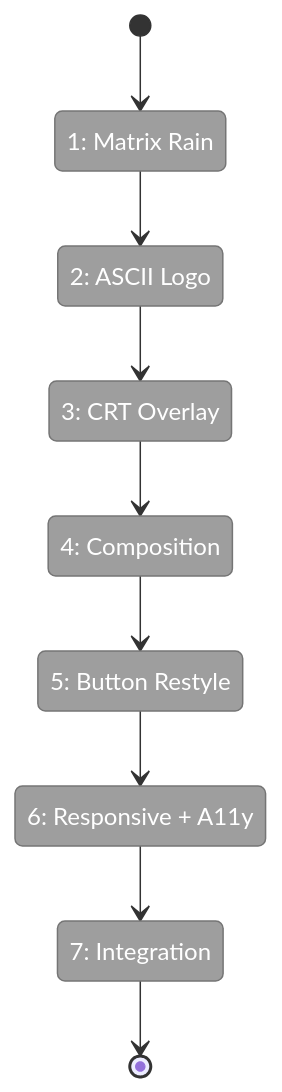
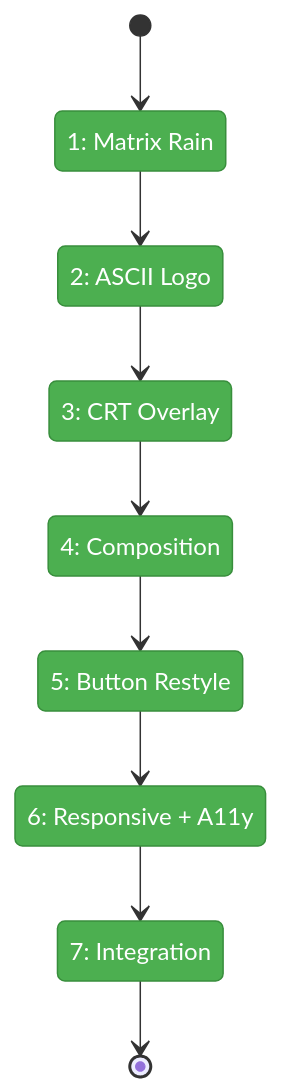
Before and after one commit to AI-Substrate/chainglass: the first of 2 diagrams in docs/plans/063-login/tasks/phase-2-ascii-art-animated-login-screen/tasks.fltplan.md, drawn with Mermaid. The commit also changed other lines of this file and 16 other files, not shown here.

````diff
--- a/docs/plans/063-login/tasks/phase-2-ascii-art-animated-login-screen/tasks.fltplan.md
+++ b/docs/plans/063-login/tasks/phase-2-ascii-art-animated-login-screen/tasks.fltplan.md
@@ -38,26 +38,31 @@
 ```mermaid
 stateDiagram-v2
     classDef pending fill:#9E9E9E,stroke:#757575,color:#fff
     classDef active fill:#FFC107,stroke:#FFA000,color:#000
     classDef done fill:#4CAF50,stroke:#388E3C,color:#fff
     classDef blocked fill:#F44336,stroke:#D32F2F,color:#fff
 
     state "1: Matrix Rain" as S1
     state "2: ASCII Logo" as S2
     state "3: CRT Overlay" as S3
     state "4: Composition" as S4
     state "5: Button Restyle" as S5
     state "6: Responsive + A11y" as S6
     state "7: Integration" as S7
 
     [*] --> S1
     S1 --> S2
     S2 --> S3
     S3 --> S4
     S4 --> S5
     S5 --> S6
     S6 --> S7
     S7 --> [*]
 
-    class S1,S2,S3,S4,S5,S6,S7 pending
+    class S1 done
+    class S2 done
+    class S3 done
+    class S4 done
+    class S5 done
+    class S6,S7 done
 ```
````
